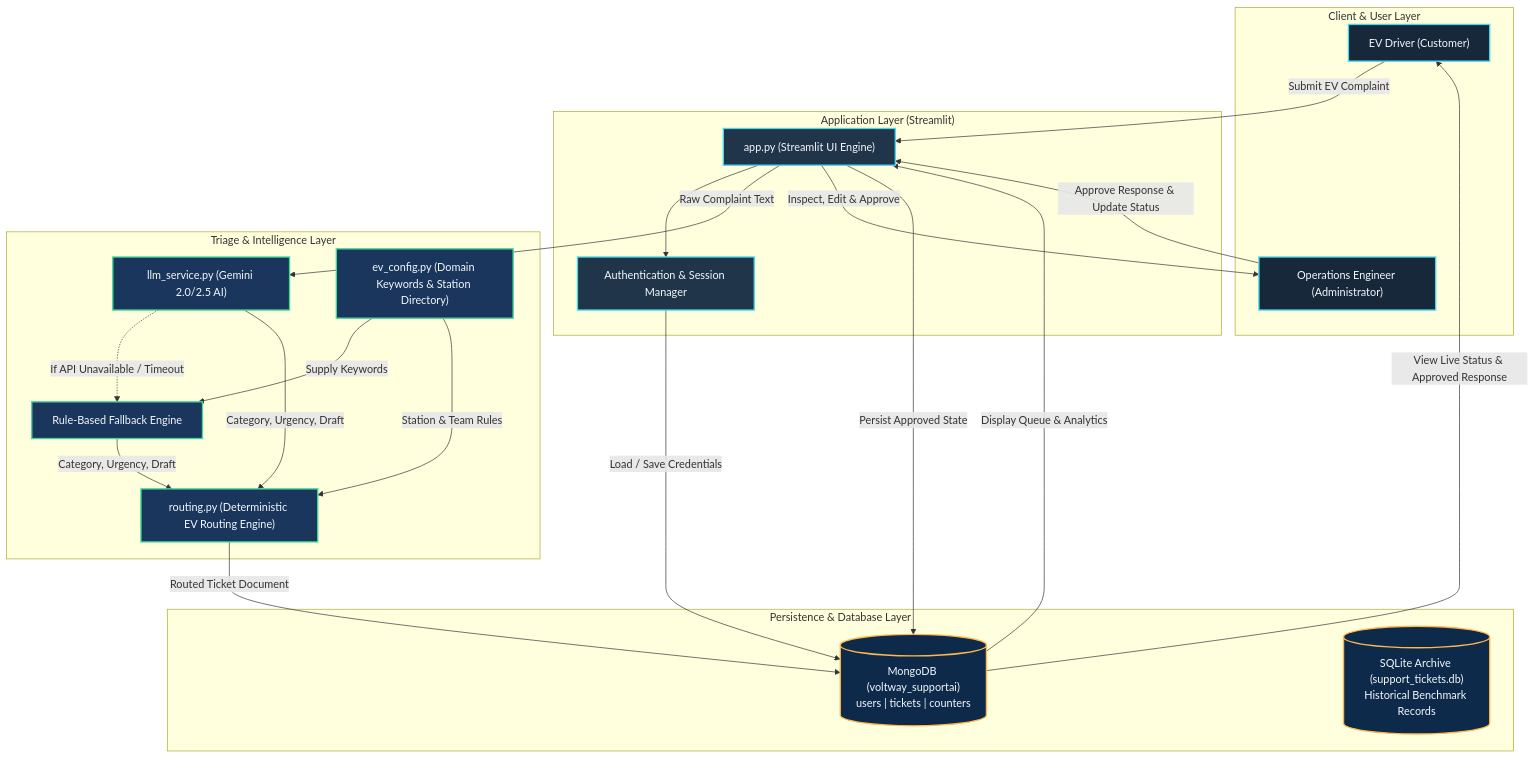
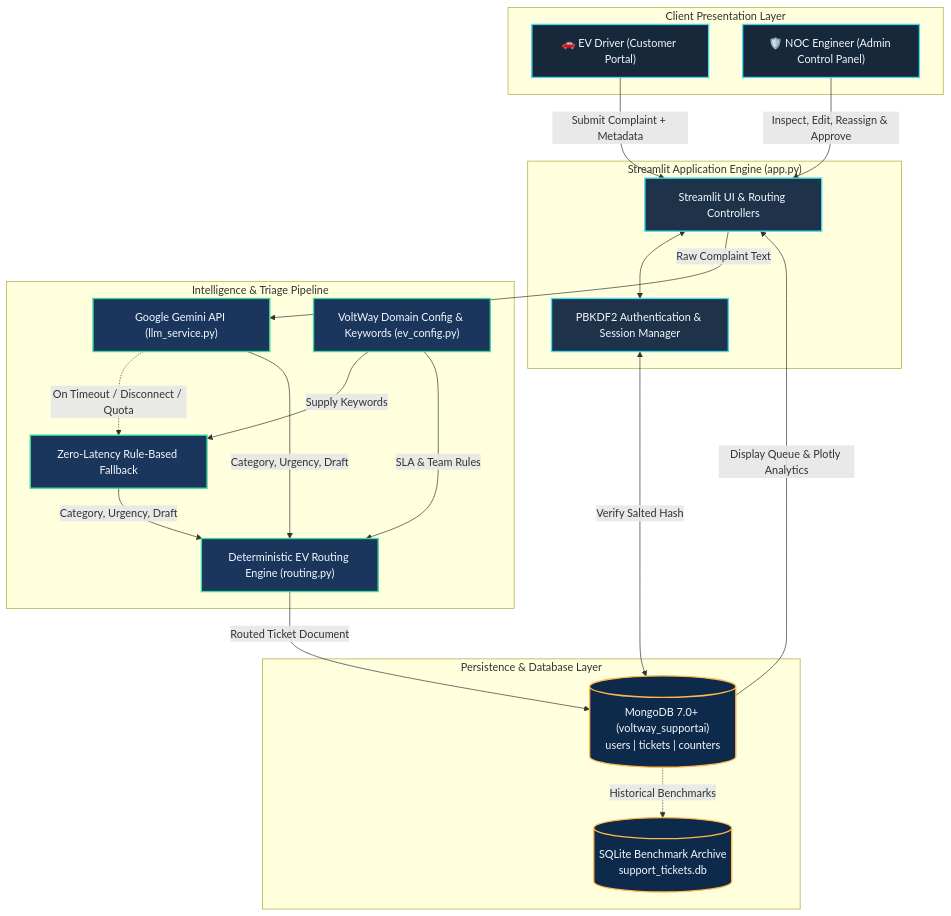
One commit to Pratik5400/Support_Ticket_Al changed the first of 2 diagrams in README.md. Above: the diagram before and after it, drawn with Mermaid. The commit also changed other lines of this file and 2 other files, not shown here.

````diff
--- a/README.md
+++ b/README.md
@@ -115,51 +145,51 @@
 ```mermaid
 flowchart TD
-    subgraph ClientLayer["Client & User Layer"]
-        Customer["EV Driver (Customer)"]
-        Admin["Operations Engineer (Administrator)"]
+    subgraph Clients["Client Presentation Layer"]
+        Driver["🚗 EV Driver (Customer Portal)"]
+        Admin["🛡️ NOC Engineer (Admin Control Panel)"]
     end
 
-    subgraph AppLayer["Application Layer (Streamlit)"]
-        UI["app.py (Streamlit UI Engine)"]
-        Auth["Authentication & Session Manager"]
+    subgraph AppLayer["Streamlit Application Engine (app.py)"]
+        RouterUI["Streamlit UI & Routing Controllers"]
+        AuthSystem["PBKDF2 Authentication & Session Manager"]
     end
 
-    subgraph IntelligenceLayer["Triage & Intelligence Layer"]
-        LLM["llm_service.py (Gemini 2.0/2.5 AI)"]
-        Fallback["Rule-Based Fallback Engine"]
-        Router["routing.py (Deterministic EV Routing Engine)"]
-        Config["ev_config.py (Domain Keywords & Station Directory)"]
+    subgraph TriageEngine["Intelligence & Triage Pipeline"]
+        LLM["Google Gemini API (llm_service.py)"]
+        Fallback["Zero-Latency Rule-Based Fallback"]
+        BusinessRouter["Deterministic EV Routing Engine (routing.py)"]
+        DomainConfig["VoltWay Domain Config & Keywords (ev_config.py)"]
     end
 
-    subgraph DataLayer["Persistence & Database Layer"]
-        MongoDB[("MongoDB (voltway_supportai)\nusers | tickets | counters")]
-        SQLiteArchive[("SQLite Archive (support_tickets.db)\nHistorical Benchmark Records")]
+    subgraph Persistence["Persistence & Database Layer"]
+        MongoDB[("MongoDB 7.0+ (voltway_supportai)\nusers | tickets | counters")]
+        LegacyDB[("SQLite Benchmark Archive\nsupport_tickets.db")]
     end
 
-    %% Workflow connections
-    Customer -->|"Submit EV Complaint"| UI
-    UI --> Auth
-    Auth -->|"Load / Save Credentials"| MongoDB
-    UI -->|"Raw Complaint Text"| LLM
-    LLM -.->|"If API Unavailable / Timeout"| Fallback
-    Config -->|"Supply Keywords"| Fallback
-    LLM -->|"Category, Urgency, Draft"| Router
-    Fallback -->|"Category, Urgency, Draft"| Router
-    Config -->|"Station & Team Rules"| Router
-    Router -->|"Routed Ticket Document"| MongoDB
-    MongoDB -->|"Display Queue & Analytics"| UI
-    UI -->|"Inspect, Edit & Approve"| Admin
-    Admin -->|"Approve Response & Update Status"| UI
-    UI -->|"Persist Approved State"| MongoDB
-    MongoDB -->|"View Live Status & Approved Response"| Customer
+    %% Interactions
+    Driver -->|"Submit Complaint + Metadata"| RouterUI
+    Admin -->|"Inspect, Edit, Reassign & Approve"| RouterUI
+    RouterUI <--> AuthSystem
+    AuthSystem <-->|"Verify Salted Hash"| MongoDB
 
-    classDef client fill:#17283B,stroke:#48D9ED,stroke-width:2px,color:#F5F8FC;
-    classDef app fill:#20344A,stroke:#48D9ED,stroke-width:2px,color:#F5F8FC;
-    classDef ai fill:#1A365D,stroke:#42D99B,stroke-width:2px,color:#F5F8FC;
-    classDef db fill:#0D2A4A,stroke:#FFB84D,stroke-width:2px,color:#F5F8FC;
+    RouterUI -->|"Raw Complaint Text"| LLM
+    LLM -.->|"On Timeout / Disconnect / Quota"| Fallback
+    DomainConfig -->|"Supply Keywords"| Fallback
+    LLM -->|"Category, Urgency, Draft"| BusinessRouter
+    Fallback -->|"Category, Urgency, Draft"| BusinessRouter
+    DomainConfig -->|"SLA & Team Rules"| BusinessRouter
 
-    class Customer,Admin client;
-    class UI,Auth app;
-    class LLM,Fallback,Router,Config ai;
-    class MongoDB,SQLiteArchive db;
+    BusinessRouter -->|"Routed Ticket Document"| MongoDB
+    MongoDB -->|"Display Queue & Plotly Analytics"| RouterUI
+    MongoDB -.->|"Historical Benchmarks"| LegacyDB
+
+    classDef clientStyle fill:#17283B,stroke:#48D9ED,stroke-width:2px,color:#F5F8FC;
+    classDef appStyle fill:#1E334A,stroke:#48D9ED,stroke-width:2px,color:#F5F8FC;
+    classDef aiStyle fill:#1A365D,stroke:#42D99B,stroke-width:2px,color:#F5F8FC;
+    classDef dbStyle fill:#0D2A4A,stroke:#FFB84D,stroke-width:2px,color:#F5F8FC;
+
+    class Driver,Admin clientStyle;
+    class RouterUI,AuthSystem appStyle;
+    class LLM,Fallback,BusinessRouter,DomainConfig aiStyle;
+    class MongoDB,LegacyDB dbStyle;
 ```
````
